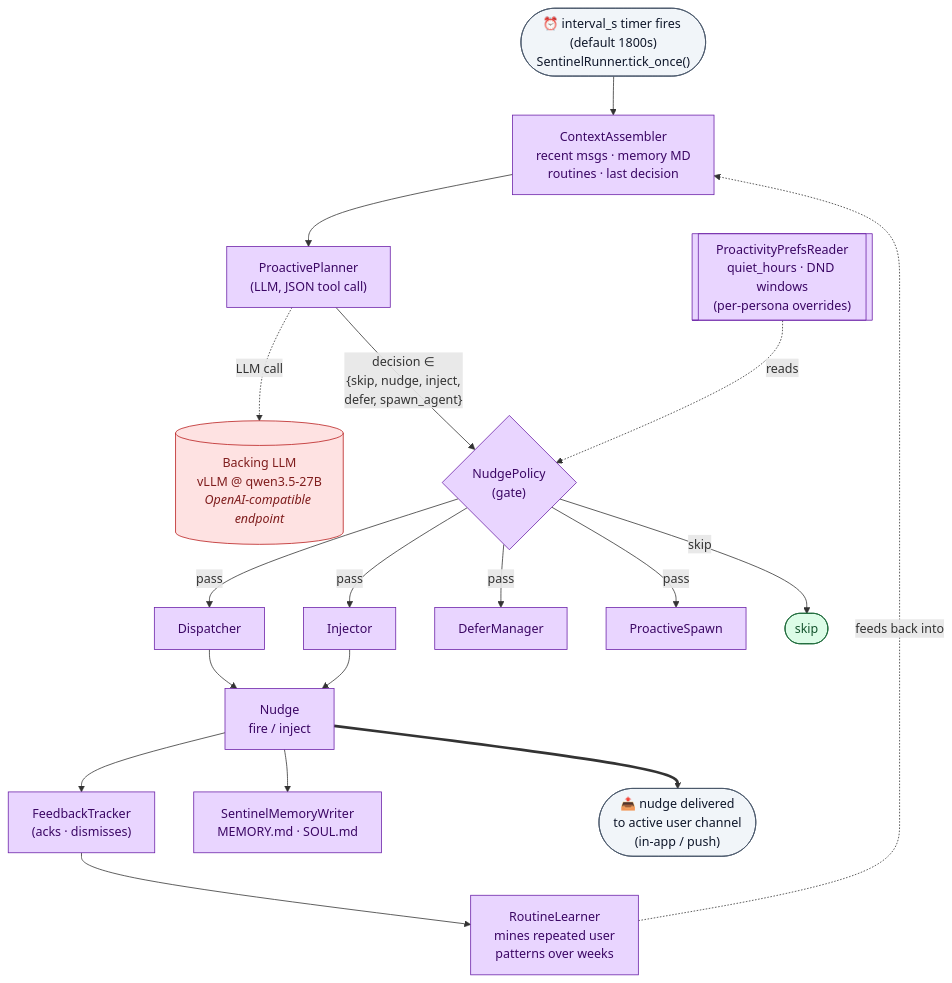
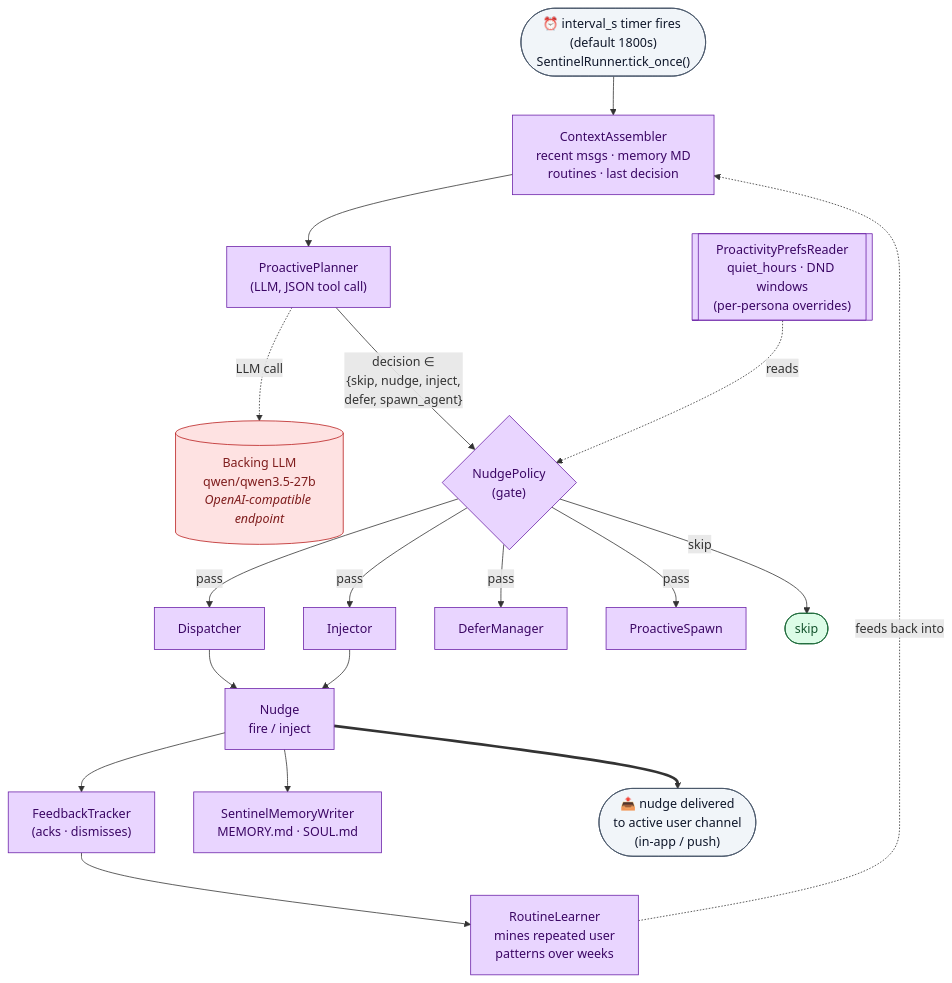
The second of 2 diagrams in benchmarks/proactivity_eval/data/longrun/README.md (EverMind-AI/Raven), drawn with Mermaid before and after one commit. The commit also changed other lines of this file and 17 other files, not shown here.

````diff
--- a/benchmarks/proactivity_eval/data/longrun/README.md
+++ b/benchmarks/proactivity_eval/data/longrun/README.md
@@ -115,47 +115,47 @@
 ```mermaid
 flowchart TB
     classDef sentinel fill:#e9d5ff,stroke:#6b21a8,color:#3b0764
     classDef backend fill:#fee2e2,stroke:#b91c1c,color:#7f1d1d
     classDef terminal fill:#dcfce7,stroke:#166534,color:#14532d
     classDef io fill:#f1f5f9,stroke:#475569,color:#0f172a
 
     IN(["⏰ interval_s timer fires (default 1800s)<br/>SentinelRunner.tick_once()"]):::io
 
     CA["ContextAssembler<br/>recent msgs · memory MD<br/>routines · last decision"]:::sentinel
     PP["ProactivePlanner<br/>(LLM, JSON tool call)"]:::sentinel
     NP{"NudgePolicy<br/>(gate)"}:::sentinel
     PREF[["ProactivityPrefsReader<br/>quiet_hours · DND windows<br/>(per-persona overrides)"]]:::sentinel
 
     DISP["Dispatcher"]:::sentinel
     INJ["Injector"]:::sentinel
     DEFER["DeferManager"]:::sentinel
     SPAWN["ProactiveSpawn"]:::sentinel
     SKIP(["skip"]):::terminal
 
     NUDGE["Nudge<br/>fire / inject"]:::sentinel
     FT["FeedbackTracker<br/>(acks · dismisses)"]:::sentinel
     RL["RoutineLearner<br/>mines repeated user<br/>patterns over weeks"]:::sentinel
     MW["SentinelMemoryWriter<br/>MEMORY.md · SOUL.md"]:::sentinel
 
-    VLLM[("Backing LLM<br/>vLLM @ qwen3.5-27B<br/><i>OpenAI-compatible endpoint</i>")]:::backend
+    VLLM[("Backing LLM<br/>qwen/qwen3.5-27b<br/><i>OpenAI-compatible endpoint</i>")]:::backend
 
     OUT(["📤 nudge delivered<br/>to active user channel<br/>(in-app / push)"]):::io
 
     IN --> CA
     CA --> PP
     PP -. "LLM call" .-> VLLM
     PP -- "decision ∈<br/>{skip, nudge, inject,<br/>defer, spawn_agent}" --> NP
     PREF -. "reads" .-> NP
     NP -->|pass| DISP
     NP -->|pass| INJ
     NP -->|pass| DEFER
     NP -->|pass| SPAWN
     NP -->|skip| SKIP
     DISP --> NUDGE
     INJ --> NUDGE
     NUDGE --> FT
     FT --> RL
     NUDGE --> MW
     RL -. "feeds back into" .-> CA
     NUDGE ==> OUT
 ```
````
